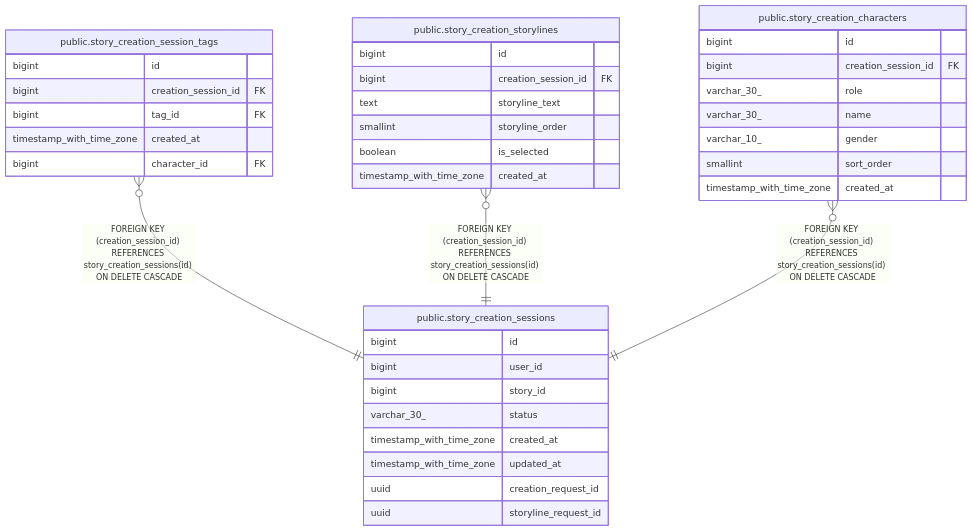
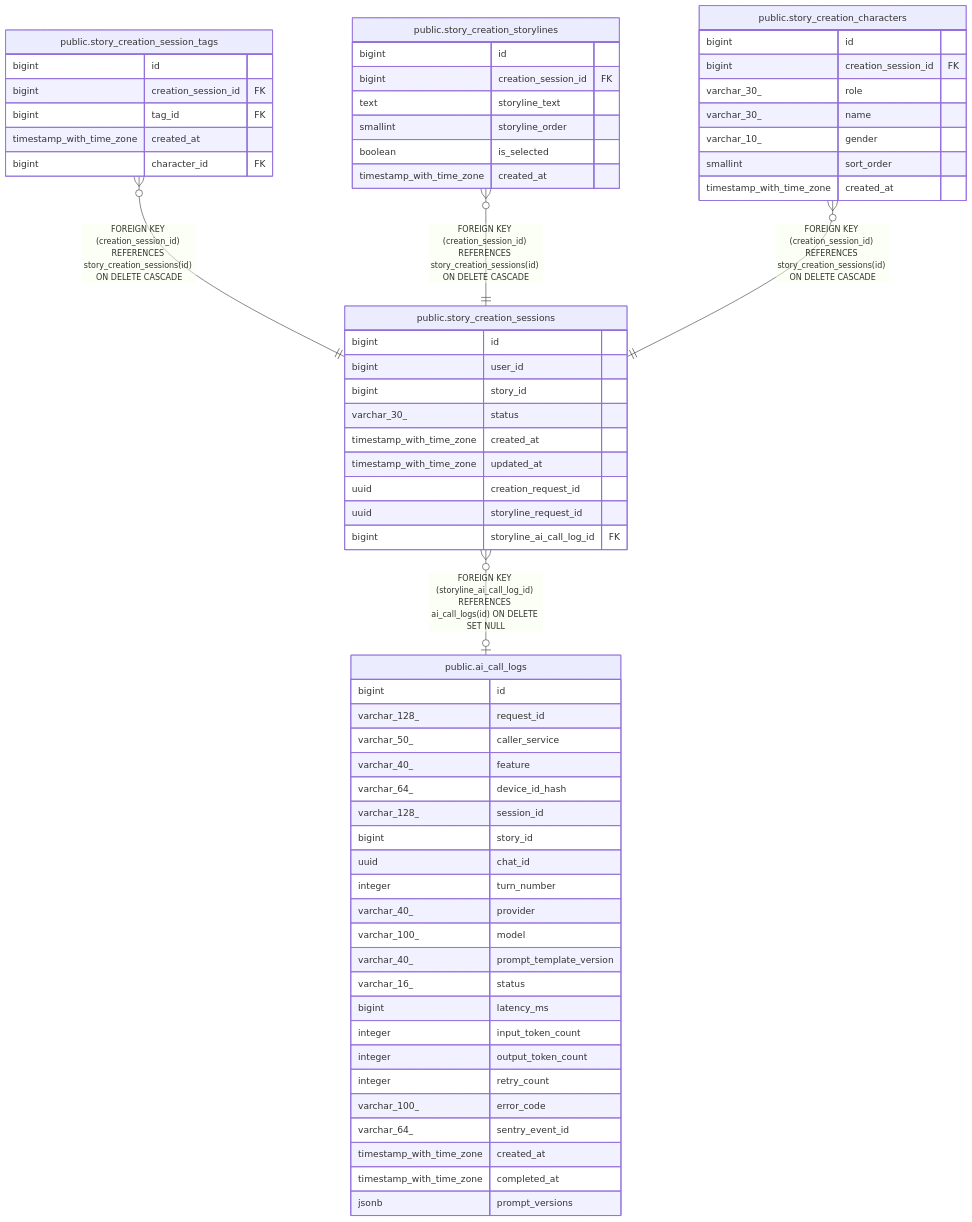
One commit to KIM-N-KANG/manyak-server changed the diagram in dbdoc/public.story_creation_sessions.md. Above: the diagram before and after it, drawn with Mermaid. The commit also changed other lines of this file and 15 other files, not shown here.

````diff
--- a/dbdoc/public.story_creation_sessions.md
+++ b/dbdoc/public.story_creation_sessions.md
@@ -34,42 +36,68 @@
 ```mermaid
 erDiagram
 
 "public.story_creation_session_tags" }o--|| "public.story_creation_sessions" : "FOREIGN KEY (creation_session_id) REFERENCES story_creation_sessions(id) ON DELETE CASCADE"
 "public.story_creation_storylines" }o--|| "public.story_creation_sessions" : "FOREIGN KEY (creation_session_id) REFERENCES story_creation_sessions(id) ON DELETE CASCADE"
 "public.story_creation_characters" }o--|| "public.story_creation_sessions" : "FOREIGN KEY (creation_session_id) REFERENCES story_creation_sessions(id) ON DELETE CASCADE"
+"public.story_creation_sessions" }o--o| "public.ai_call_logs" : "FOREIGN KEY (storyline_ai_call_log_id) REFERENCES ai_call_logs(id) ON DELETE SET NULL"
 
 "public.story_creation_sessions" {
   bigint id
   bigint user_id
   bigint story_id
   varchar_30_ status
   timestamp_with_time_zone created_at
   timestamp_with_time_zone updated_at
   uuid creation_request_id
   uuid storyline_request_id
+  bigint storyline_ai_call_log_id FK
 }
 "public.story_creation_session_tags" {
   bigint id
   bigint creation_session_id FK
   bigint tag_id FK
   timestamp_with_time_zone created_at
   bigint character_id FK
 }
 "public.story_creation_storylines" {
   bigint id
   bigint creation_session_id FK
   text storyline_text
   smallint storyline_order
   boolean is_selected
   timestamp_with_time_zone created_at
 }
 "public.story_creation_characters" {
   bigint id
   bigint creation_session_id FK
   varchar_30_ role
   varchar_30_ name
   varchar_10_ gender
   smallint sort_order
   timestamp_with_time_zone created_at
 }
+"public.ai_call_logs" {
+  bigint id
+  varchar_128_ request_id
+  varchar_50_ caller_service
+  varchar_40_ feature
+  varchar_64_ device_id_hash
+  varchar_128_ session_id
+  bigint story_id
+  uuid chat_id
+  integer turn_number
+  varchar_40_ provider
+  varchar_100_ model
+  varchar_40_ prompt_template_version
+  varchar_16_ status
+  bigint latency_ms
+  integer input_token_count
+  integer output_token_count
+  integer retry_count
+  varchar_100_ error_code
+  varchar_64_ sentry_event_id
+  timestamp_with_time_zone created_at
+  timestamp_with_time_zone completed_at
+  jsonb prompt_versions
+}
 ```
````
